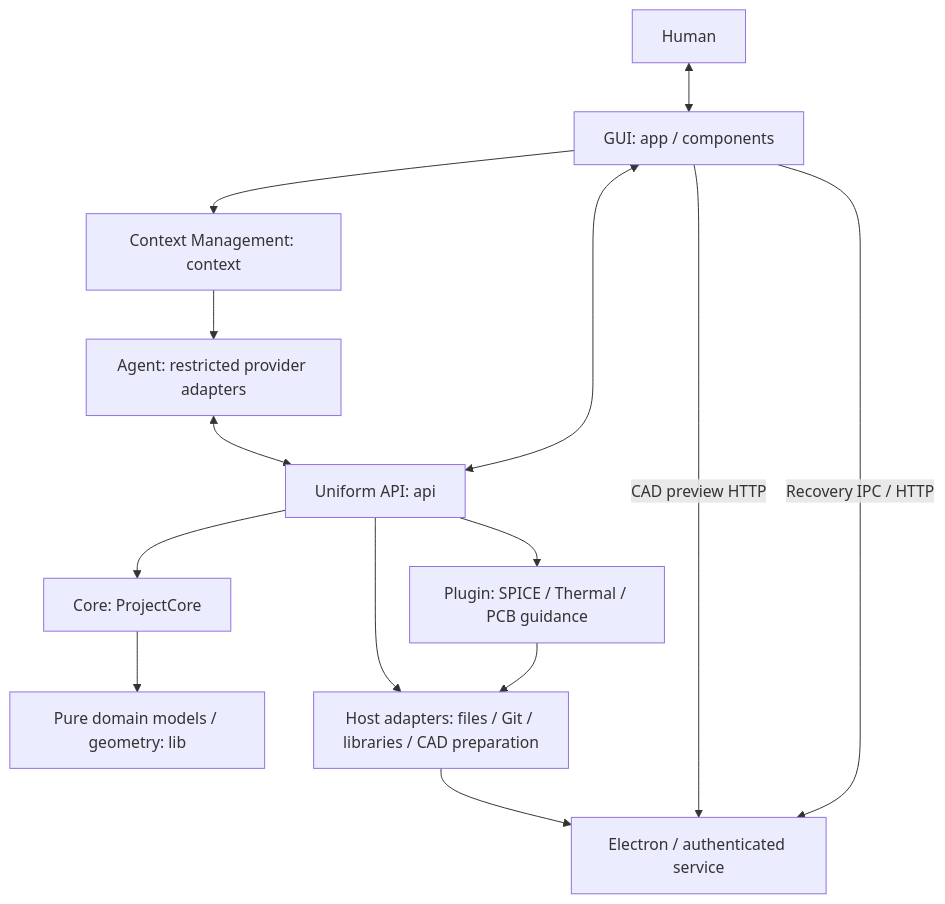
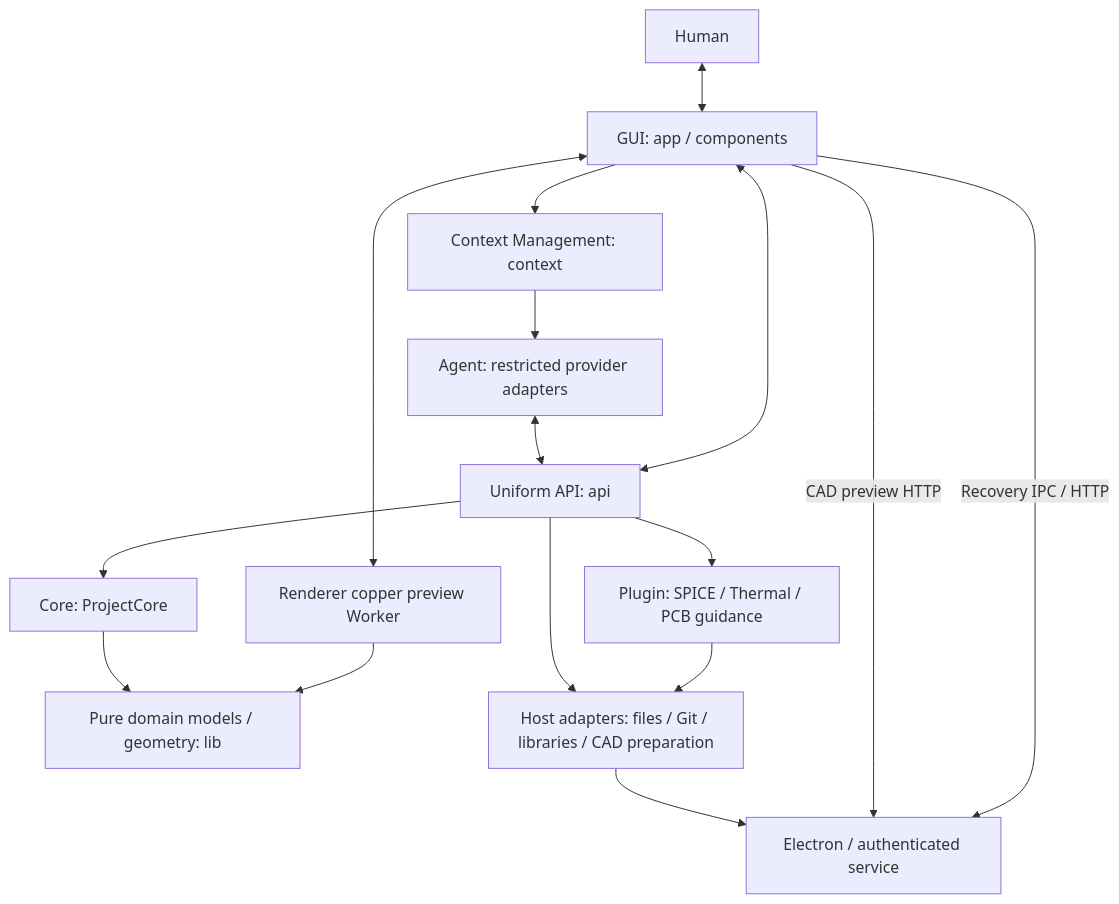
One commit to Open-Power-Electronics/OpenPE changed the first of 2 diagrams in docs/ARCHITECTURE.md. Above: the diagram before and after it, drawn with Mermaid. The commit also changed other lines of this file and 124 other files, not shown here.

````diff
--- a/docs/ARCHITECTURE.md
+++ b/docs/ARCHITECTURE.md
@@ -13,16 +13,18 @@
 ```mermaid
 flowchart TB
     Human[Human] <--> GUI[GUI: app / components]
     GUI --> Context[Context Management: context]
     Context --> Agent[Agent: restricted provider adapters]
     Agent <--> API[Uniform API: api]
     GUI <--> API
     API --> Core[Core: ProjectCore]
     Core --> Domain[Pure domain models / geometry: lib]
+    GUI <--> CopperWorker[Renderer copper preview Worker]
+    CopperWorker --> Domain
     API --> Plugin[Plugin: SPICE / Thermal / PCB guidance]
     API --> Ports[Host adapters: files / Git / libraries / CAD preparation]
     Plugin --> Ports
     Ports --> Host[Electron / authenticated service]
     GUI -->|CAD preview HTTP| Host
     GUI -->|Recovery IPC / HTTP| Host
 ```
````
